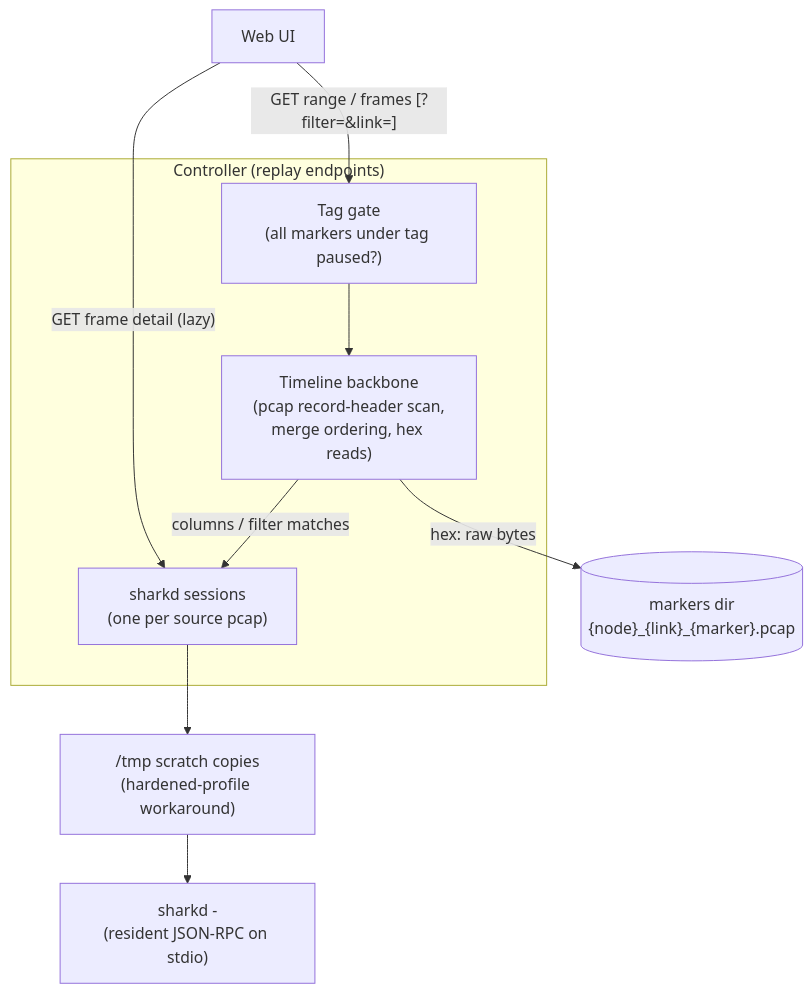
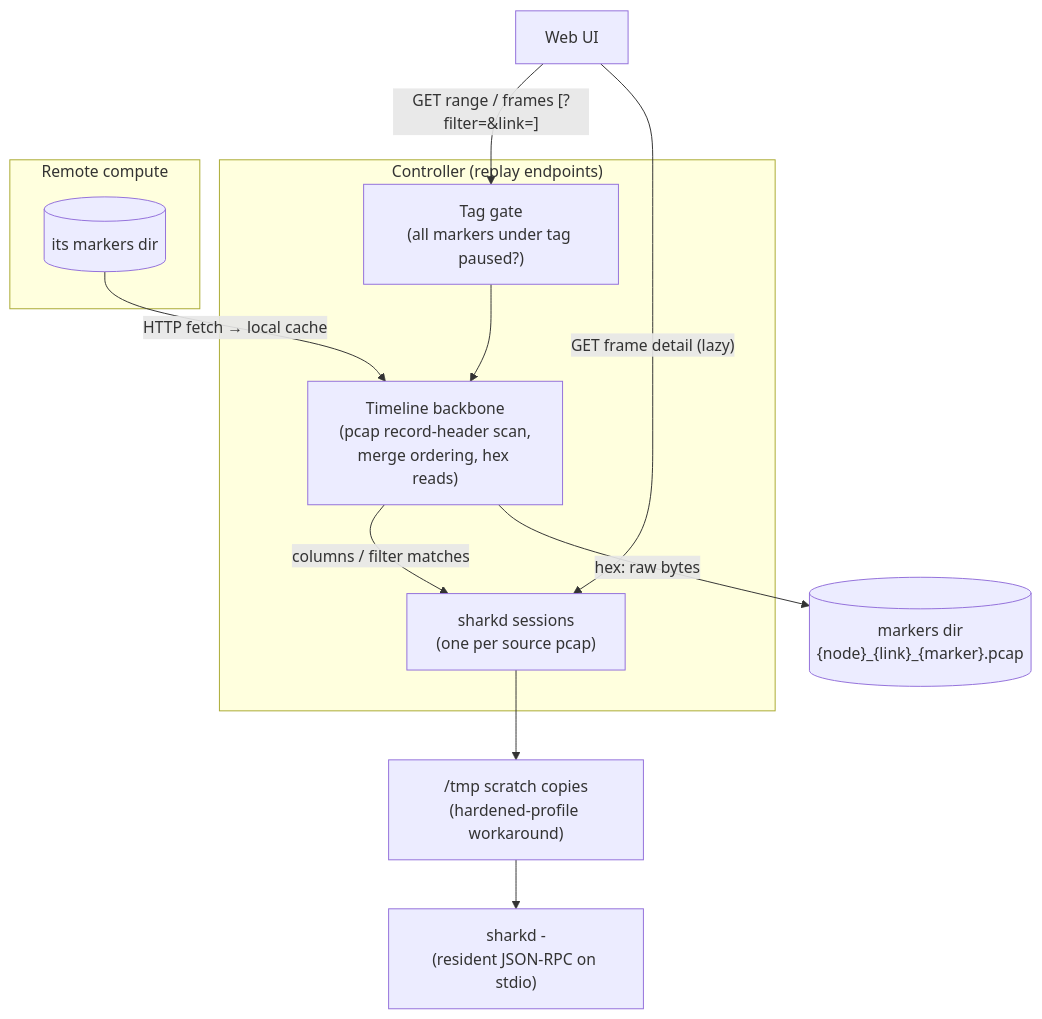
One commit to GNS3/gns3-server changed the first of 2 diagrams in docs/features/marker-tag-replay.md. Above: the diagram before and after it, drawn with Mermaid. The commit also changed other lines of this file and 4 other files, not shown here.

First line of the commit message:
fix: fetch remote-compute marker pcaps in tag replay

````diff
--- a/docs/features/marker-tag-replay.md
+++ b/docs/features/marker-tag-replay.md
@@ -30,21 +30,26 @@
 ```mermaid
 graph TB
     UI["Web UI"]
 
     subgraph Controller["Controller (replay endpoints)"]
         GATE["Tag gate<br/>(all markers under tag paused?)"]
         SCAN["Timeline backbone<br/>(pcap record-header scan,<br/>merge ordering, hex reads)"]
         SESS["sharkd sessions<br/>(one per source pcap)"]
     end
 
     FS[("markers dir<br/>{node}_{link}_{marker}.pcap")]
     TMP["/tmp scratch copies<br/>(hardened-profile workaround)"]
     SK["sharkd -<br/>(resident JSON-RPC on stdio)"]
 
+    subgraph Remote["Remote compute"]
+        RFS[("its markers dir")]
+    end
+
     UI -->|"GET range / frames [?filter=&link=]"| GATE
     GATE --> SCAN
     SCAN -->|"columns / filter matches"| SESS
     SESS --> TMP --> SK
     SCAN -->|"hex: raw bytes"| FS
+    RFS -->|"HTTP fetch → local cache"| SCAN
     UI -->|"GET frame detail (lazy)"| SESS
 ```
````
